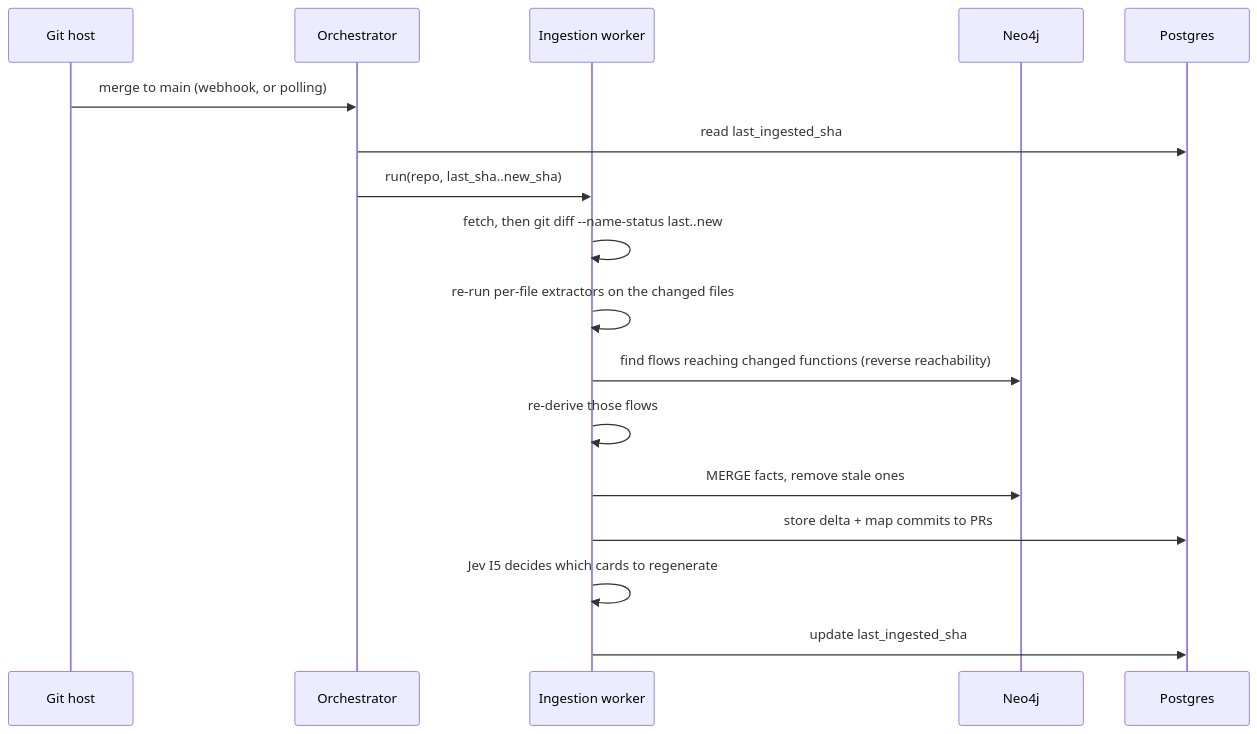
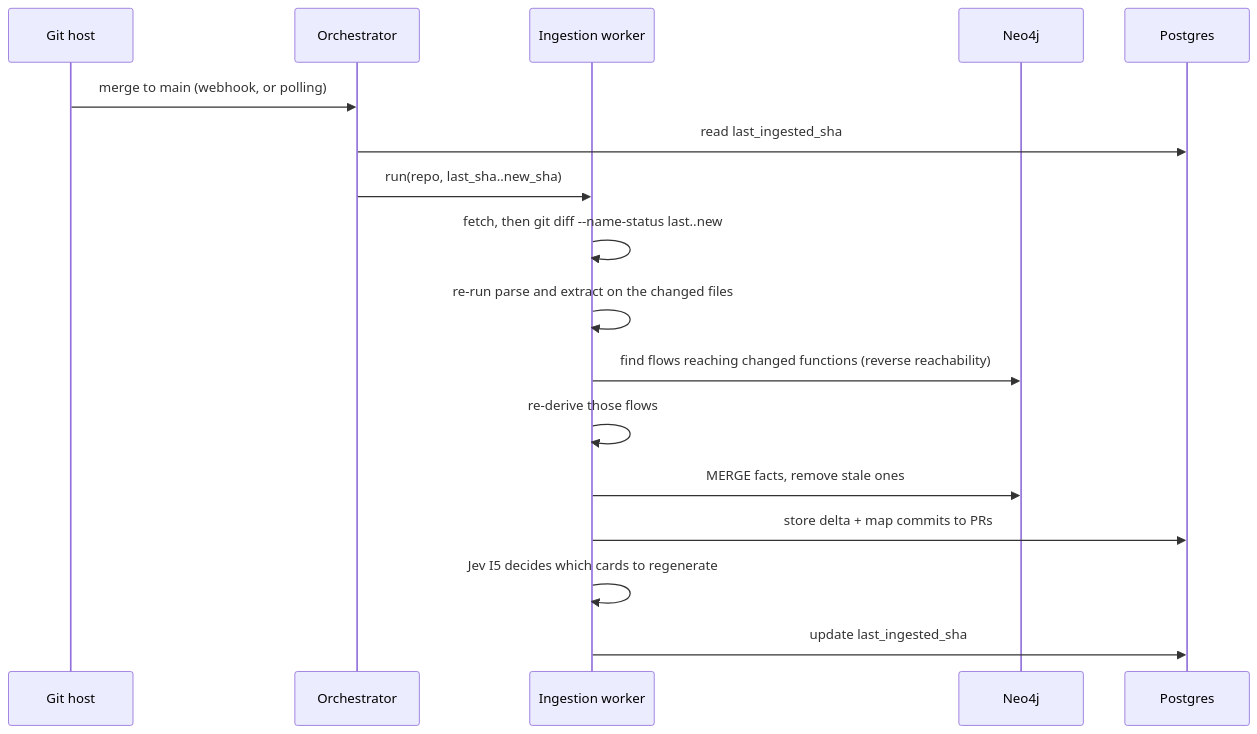
Before and after one commit to KBavis/steno: the third of 5 diagrams in docs/ingestion.md, drawn with Mermaid. The commit also changed other lines of this file and 46 other files, not shown here.

Commit message:
refactor: split ingestion into parse, extract, and assemble stages

````diff
--- a/docs/ingestion.md
+++ b/docs/ingestion.md
@@ -355,19 +375,19 @@
 ```mermaid
 sequenceDiagram
     participant Git as Git host
     participant Orc as Orchestrator
     participant Wk as Ingestion worker
     participant Neo as Neo4j
     participant PG as Postgres
     Git->>Orc: merge to main (webhook, or polling)
     Orc->>PG: read last_ingested_sha
     Orc->>Wk: run(repo, last_sha..new_sha)
     Wk->>Wk: fetch, then git diff --name-status last..new
-    Wk->>Wk: re-run per-file extractors on the changed files
+    Wk->>Wk: re-run parse and extract on the changed files
     Wk->>Neo: find flows reaching changed functions (reverse reachability)
     Wk->>Wk: re-derive those flows
     Wk->>Neo: MERGE facts, remove stale ones
     Wk->>PG: store delta + map commits to PRs
     Wk->>Wk: Jev I5 decides which cards to regenerate
     Wk->>PG: update last_ingested_sha
 ```
````
